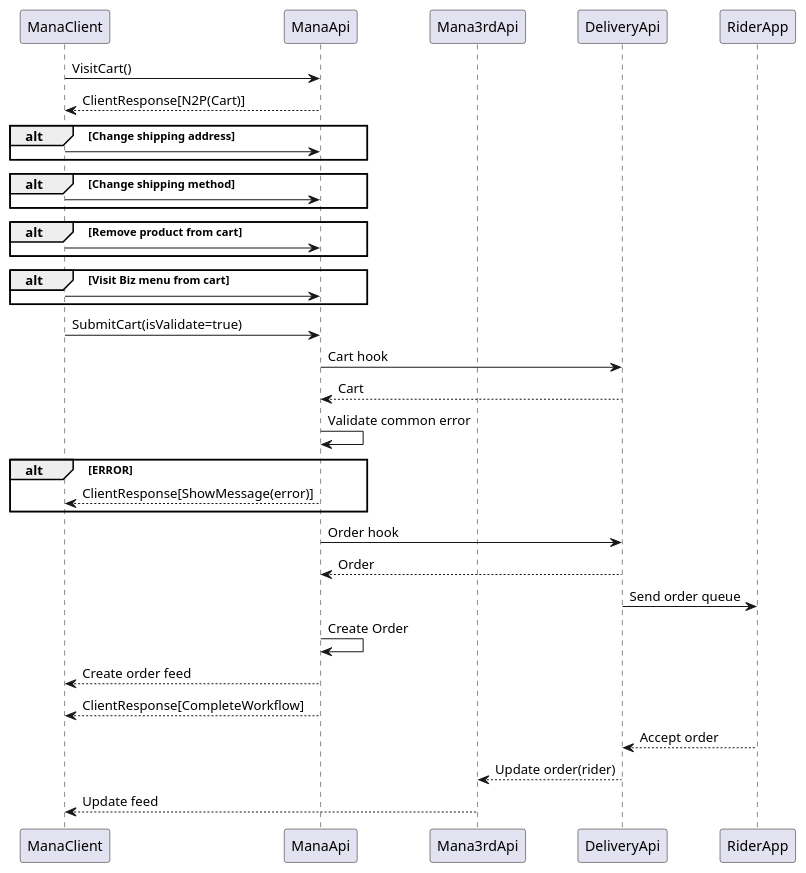
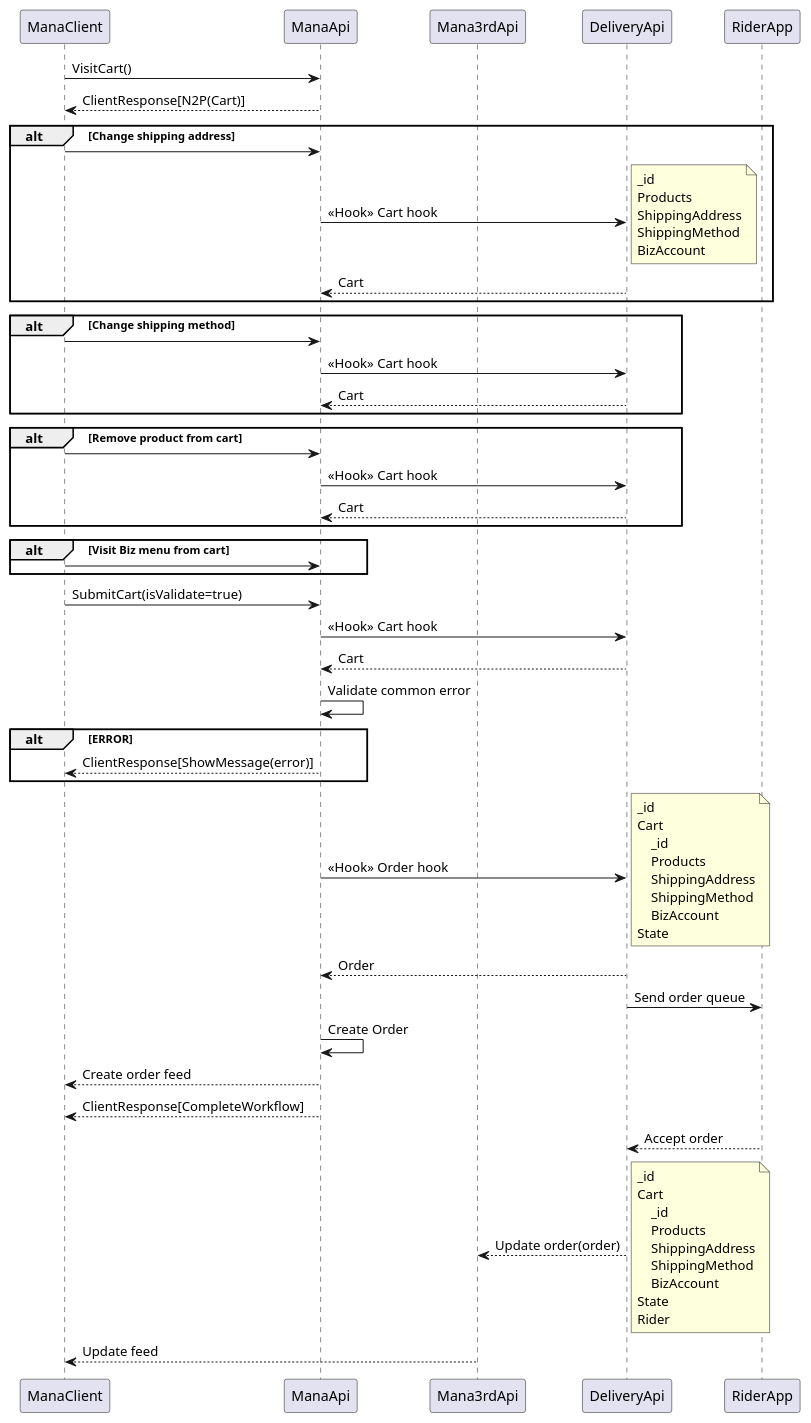
The second of 2 diagrams in delivery-product-20210129/sequence.md (BugLordTO/cart-ideas), drawn with PlantUML before and after one commit. The commit also changed other lines of this file and 20 other files, not shown here.

````diff
--- a/delivery-product-20210129/sequence.md
+++ b/delivery-product-20210129/sequence.md
@@ -31,42 +49,76 @@
 ```plantuml
 @startuml
 
 participant ManaClient
 participant ManaApi
 participant Mana3rdApi
 participant DeliveryApi
 participant RiderApp
 
 ManaClient -> ManaApi : VisitCart()
 ManaClient <-- ManaApi : ClientResponse[N2P(Cart)]
 alt Change shipping address
     ManaClient -> ManaApi
+    ManaApi -> DeliveryApi : <<Hook>> Cart hook
+    note right
+    _id
+    Products
+    ShippingAddress
+    ShippingMethod
+    BizAccount
+    end note
+    ManaApi <-- DeliveryApi : Cart
 end
 alt Change shipping method
     ManaClient -> ManaApi
+    ManaApi -> DeliveryApi : <<Hook>> Cart hook
+    ManaApi <-- DeliveryApi : Cart
 end
 alt Remove product from cart
     ManaClient -> ManaApi
+    ManaApi -> DeliveryApi : <<Hook>> Cart hook
+    ManaApi <-- DeliveryApi : Cart
 end
 alt Visit Biz menu from cart
     ManaClient -> ManaApi
 end
 ManaClient -> ManaApi : SubmitCart(isValidate=true)
-ManaApi -> DeliveryApi : Cart hook
+ManaApi -> DeliveryApi : <<Hook>> Cart hook
 ManaApi <-- DeliveryApi : Cart
 ManaApi -> ManaApi : Validate common error
 alt ERROR
     ManaClient <-- ManaApi : ClientResponse[ShowMessage(error)]
 end
-ManaApi -> DeliveryApi : Order hook
+ManaApi -> DeliveryApi : <<Hook>> Order hook
+note right
+_id
+Cart
+    _id
+    Products
+    ShippingAddress
+    ShippingMethod
+    BizAccount
+State
+end note
 ManaApi <-- DeliveryApi : Order
 DeliveryApi -> RiderApp : Send order queue
 ManaApi -> ManaApi : Create Order
 ManaClient <-- ManaApi : Create order feed
 ManaClient <-- ManaApi : ClientResponse[CompleteWorkflow]
 DeliveryApi <-- RiderApp : Accept order
-Mana3rdApi <-- DeliveryApi : Update order(rider)
+Mana3rdApi <-- DeliveryApi : Update order(order)
+note right
+_id
+Cart
+    _id
+    Products
+    ShippingAddress
+    ShippingMethod
+    BizAccount
+State
+Rider
+end note
 ManaClient <-- Mana3rdApi : Update feed
 
 @enduml
 ```
````
